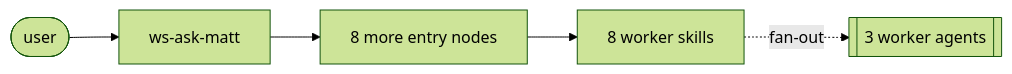
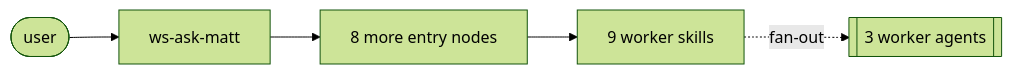
One commit to wsagency/WS-Claude-marketplace changed the diagram in plugins/ws-matt/commands/ws-matt.md. Above: the diagram before and after it, drawn with Mermaid (forest theme). The commit also changed other lines of this file and 19 other files, not shown here.

````diff
--- a/plugins/ws-matt/commands/ws-matt.md
+++ b/plugins/ws-matt/commands/ws-matt.md
@@ -29,7 +29,7 @@
    ```mermaid
    flowchart LR
      U([user]) --> R[ws-ask-matt]
      R --> E[8 more entry nodes]
-     E --> W[8 worker skills]
+     E --> W[9 worker skills]
      W -. fan-out .-> A[[3 worker agents]]
    ```
````
